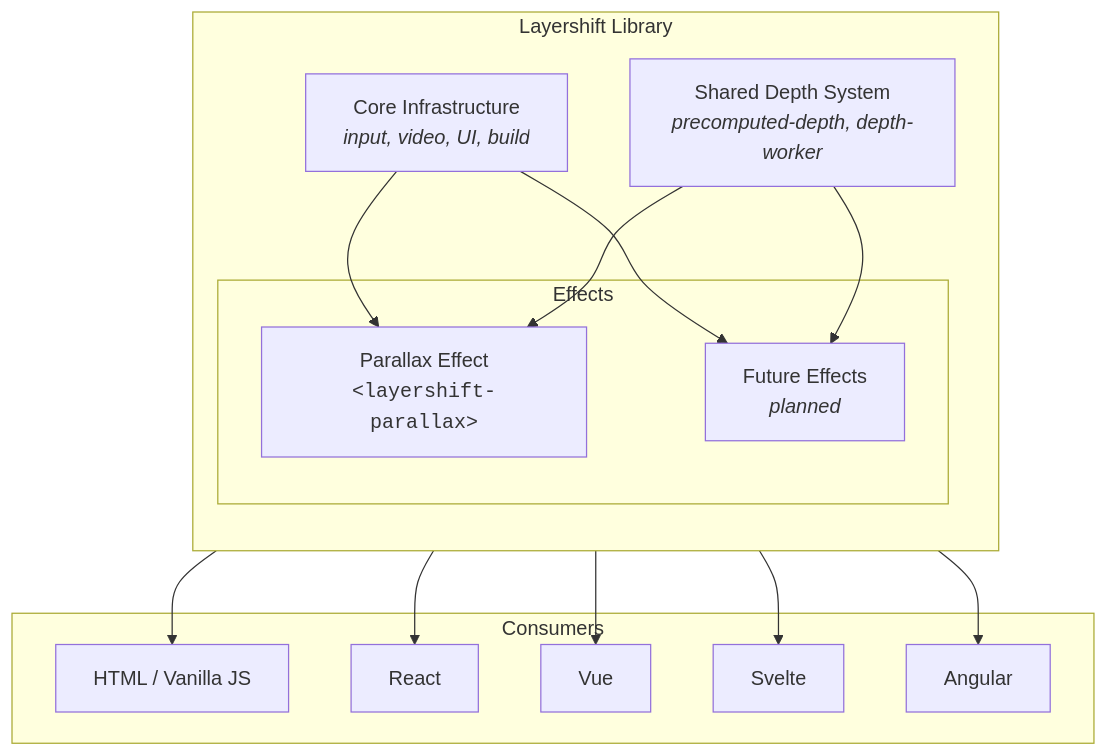
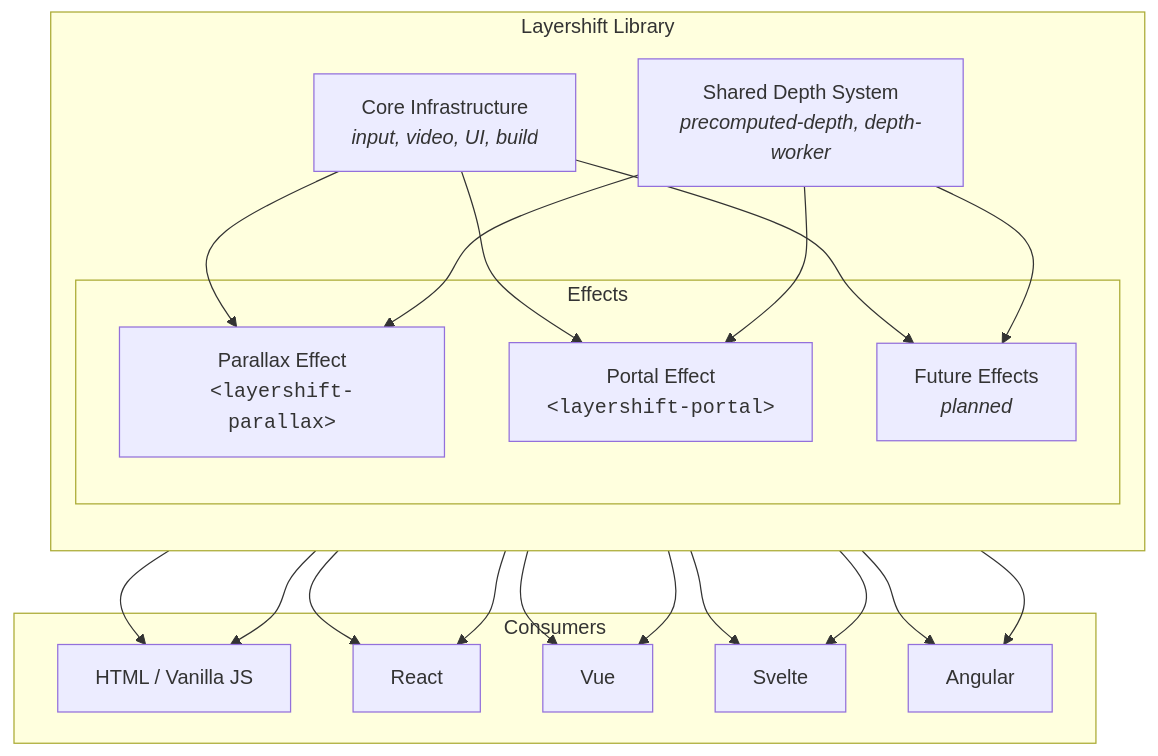
The first of 2 diagrams in docs/diagrams/system-architecture.md (jeremysykes/layershift), drawn with Mermaid before and after one commit. The commit also changed other lines of this file and 72 other files, not shown here.

First line of the commit message:
feat: add logo depth portal effect with transparent canvas

````diff
--- a/docs/diagrams/system-architecture.md
+++ b/docs/diagrams/system-architecture.md
@@ -7,32 +7,41 @@
 ```mermaid
 graph TD
     subgraph "Layershift Library"
         direction TB
         CORE["Core Infrastructure<br/><i>input, video, UI, build</i>"]
         DEPTH["Shared Depth System<br/><i>precomputed-depth, depth-worker</i>"]
 
         subgraph "Effects"
             PARALLAX["Parallax Effect<br/><code>&lt;layershift-parallax&gt;</code>"]
+            PORTAL["Portal Effect<br/><code>&lt;layershift-portal&gt;</code>"]
             FUTURE["Future Effects<br/><i>planned</i>"]
         end
     end
 
     CORE --> PARALLAX
+    CORE --> PORTAL
     CORE --> FUTURE
     DEPTH --> PARALLAX
+    DEPTH --> PORTAL
     DEPTH --> FUTURE
 
     subgraph "Consumers"
         HTML["HTML / Vanilla JS"]
         REACT["React"]
         VUE["Vue"]
         SVELTE["Svelte"]
         ANGULAR["Angular"]
     end
 
     PARALLAX --> HTML
     PARALLAX --> REACT
     PARALLAX --> VUE
     PARALLAX --> SVELTE
     PARALLAX --> ANGULAR
+
+    PORTAL --> HTML
+    PORTAL --> REACT
+    PORTAL --> VUE
+    PORTAL --> SVELTE
+    PORTAL --> ANGULAR
 ```
````
